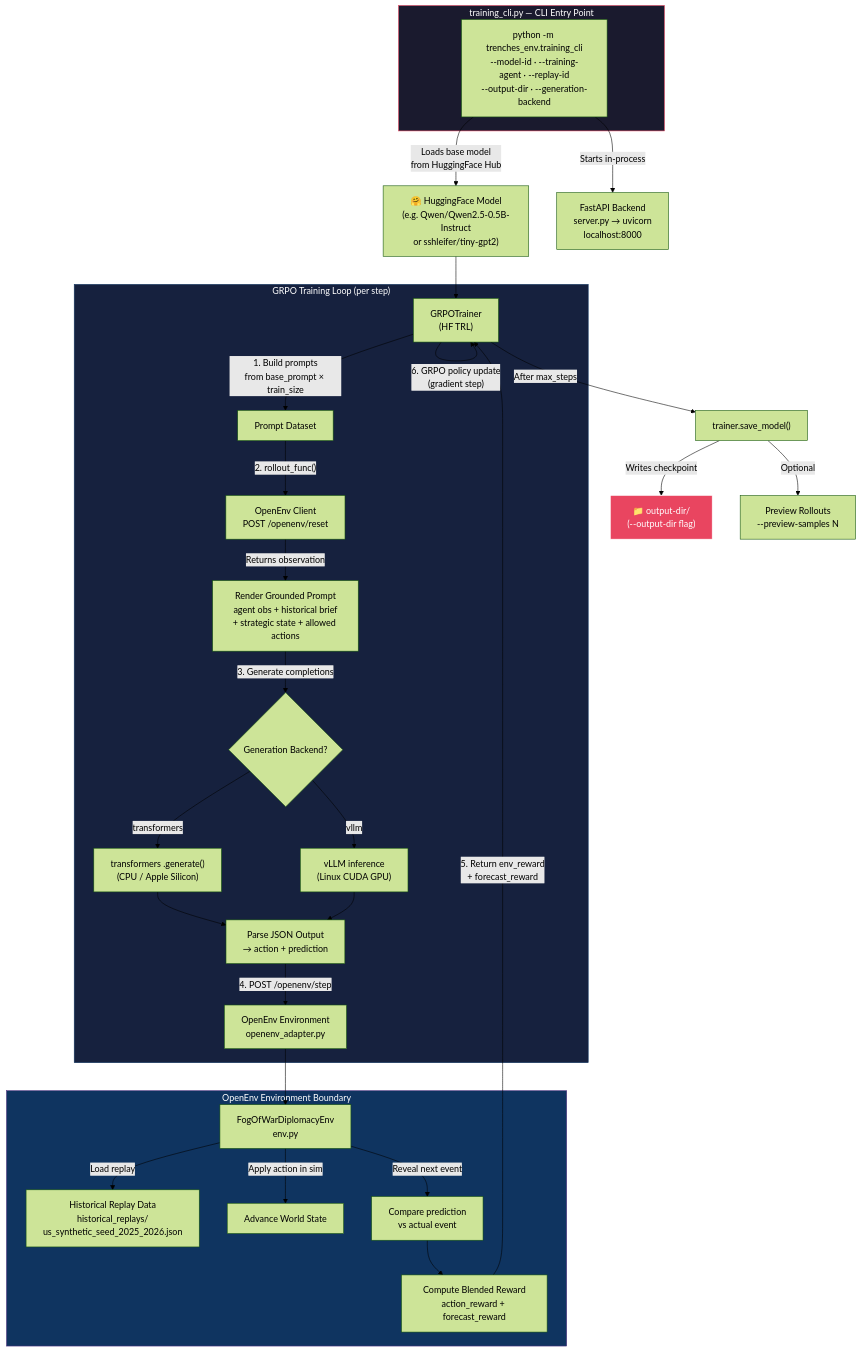
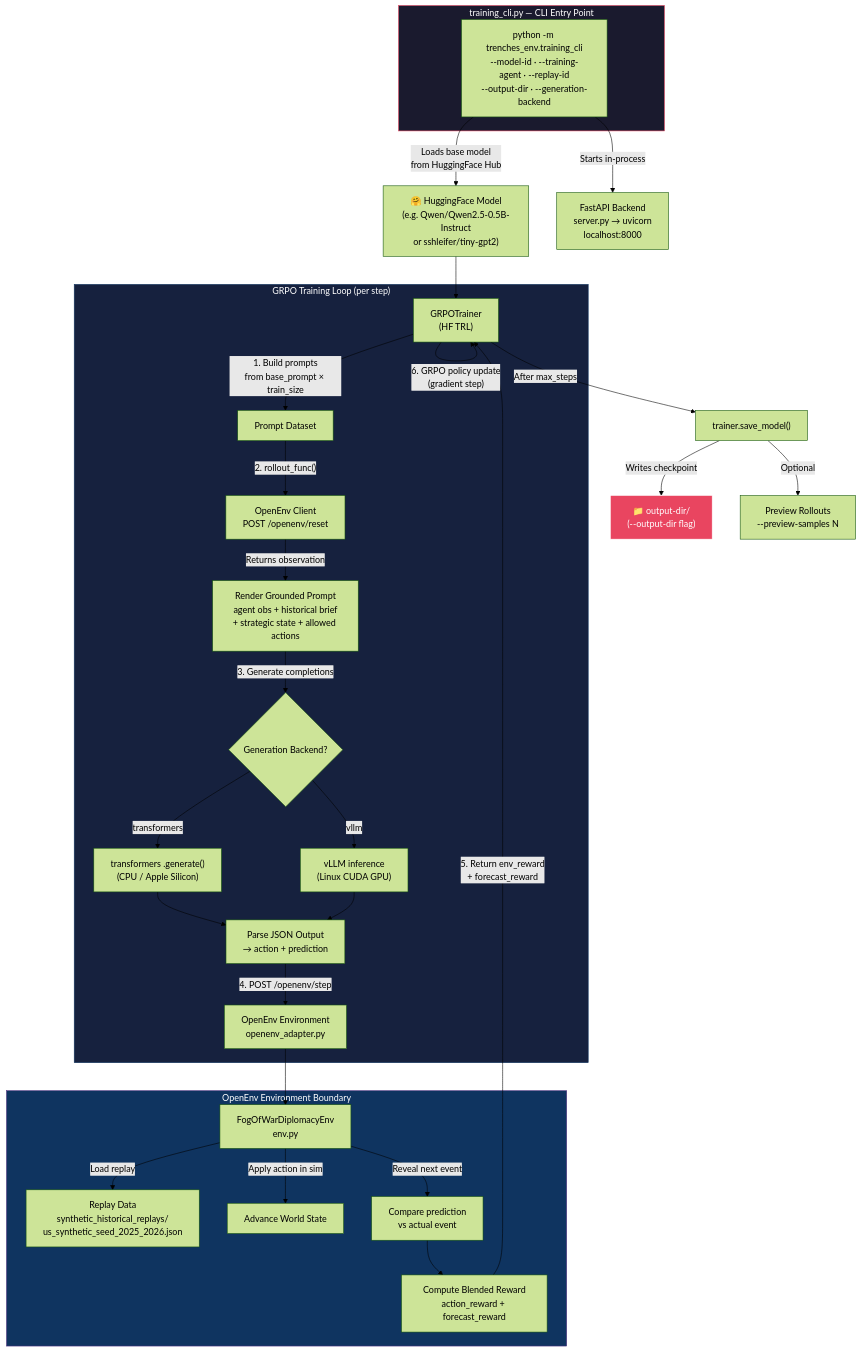
Before and after one commit to shlawgathon/trenches: the first of 4 diagrams in backend/TRAINING_FLOW.md, drawn with Mermaid (forest theme). The commit also changed other lines of this file and 3 other files, not shown here.

````diff
--- a/backend/TRAINING_FLOW.md
+++ b/backend/TRAINING_FLOW.md
@@ -5,44 +5,44 @@
 ```mermaid
 flowchart TD
     subgraph CLI["training_cli.py — CLI Entry Point"]
         A["python -m trenches_env.training_cli<br/>--model-id · --training-agent · --replay-id<br/>--output-dir · --generation-backend"]
     end
 
     A -->|"Loads base model<br/>from HuggingFace Hub"| B["🤗 HuggingFace Model<br/>(e.g. Qwen/Qwen2.5-0.5B-Instruct<br/>or sshleifer/tiny-gpt2)"]
     A -->|"Starts in-process"| C["FastAPI Backend<br/>server.py → uvicorn<br/>localhost:8000"]
 
     B --> D["GRPOTrainer<br/>(HF TRL)"]
 
     subgraph GRPO["GRPO Training Loop (per step)"]
         D -->|"1. Build prompts<br/>from base_prompt × train_size"| E["Prompt Dataset"]
         E -->|"2. rollout_func()"| F["OpenEnv Client<br/>POST /openenv/reset"]
         F -->|"Returns observation"| G["Render Grounded Prompt<br/>agent obs + historical brief<br/>+ strategic state + allowed actions"]
         G -->|"3. Generate completions"| H{Generation Backend?}
         H -->|transformers| I["transformers .generate()<br/>(CPU / Apple Silicon)"]
         H -->|vllm| J["vLLM inference<br/>(Linux CUDA GPU)"]
         I --> K["Parse JSON Output<br/>→ action + prediction"]
         J --> K
         K -->|"4. POST /openenv/step"| L["OpenEnv Environment<br/>openenv_adapter.py"]
     end
 
     subgraph ENV["OpenEnv Environment Boundary"]
         L --> M["FogOfWarDiplomacyEnv<br/>env.py"]
-        M -->|"Load replay"| N["Historical Replay Data<br/>historical_replays/<br/>us_synthetic_seed_2025_2026.json"]
+        M -->|"Load replay"| N["Replay Data<br/>synthetic_historical_replays/<br/>us_synthetic_seed_2025_2026.json"]
         M -->|"Apply action in sim"| O["Advance World State"]
         M -->|"Reveal next event"| P["Compare prediction<br/>vs actual event"]
         P --> Q["Compute Blended Reward<br/>action_reward + forecast_reward"]
     end
 
     Q -->|"5. Return env_reward<br/>+ forecast_reward"| D
     D -->|"6. GRPO policy update<br/>(gradient step)"| D
 
     D -->|"After max_steps"| R["trainer.save_model()"]
     R -->|"Writes checkpoint"| S["📁 output-dir/<br/>(--output-dir flag)"]
 
     R -->|"Optional"| T["Preview Rollouts<br/>--preview-samples N"]
 
     style CLI fill:#1a1a2e,stroke:#e94560,color:#fff
     style GRPO fill:#16213e,stroke:#0f3460,color:#fff
     style ENV fill:#0f3460,stroke:#533483,color:#fff
     style S fill:#e94560,stroke:#fff,color:#fff
 ```
````
